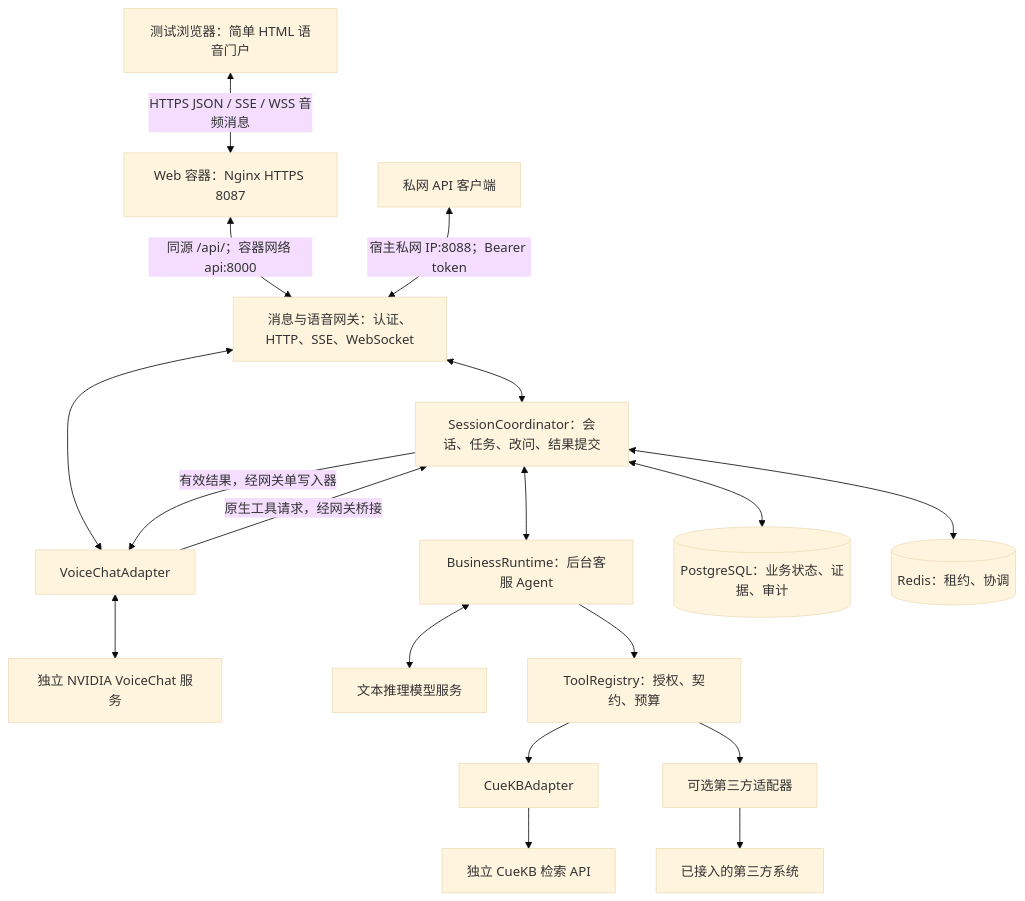
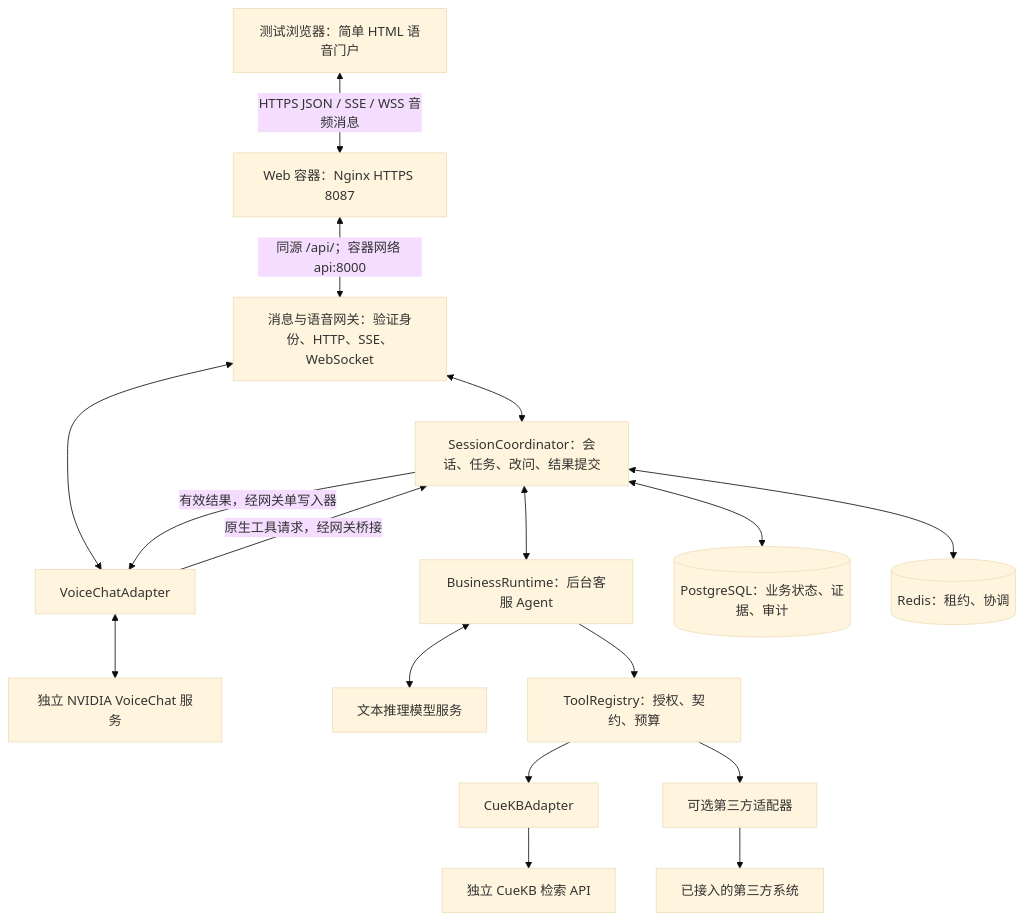
The diagram in docs/architecture.md (ttonghao-thao/voice-service-agent), drawn with Mermaid (base theme) before and after one commit. The commit also changed other lines of this file and 27 other files, not shown here.

````diff
--- a/docs/architecture.md
+++ b/docs/architecture.md
@@ -20,34 +20,32 @@
 ```mermaid
 flowchart TB
     U[测试浏览器：简单 HTML 语音门户]
     W[Web 容器：Nginx HTTPS 8087]
-    P[私网 API 客户端]
-    G[消息与语音网关：认证、HTTP、SSE、WebSocket]
+    G[消息与语音网关：验证身份、HTTP、SSE、WebSocket]
     C[SessionCoordinator：会话、任务、改问、结果提交]
     V[VoiceChatAdapter]
     N[独立 NVIDIA VoiceChat 服务]
     B[BusinessRuntime：后台客服 Agent]
     L[文本推理模型服务]
     T[ToolRegistry：授权、契约、预算]
     K[CueKBAdapter]
     Q[独立 CueKB 检索 API]
     X[可选第三方适配器]
     E[已接入的第三方系统]
     S[(PostgreSQL：业务状态、证据、审计)]
     R[(Redis：租约、协调)]
     U <-->|HTTPS JSON / SSE / WSS 音频消息| W
     W <-->|同源 /api/；容器网络 api:8000| G
-    P <-->|宿主私网 IP:8088；Bearer token| G
     G <--> C
     G <--> V
     V <--> N
     V -->|原生工具请求，经网关桥接| C
     C <--> B
     B <--> L
     B --> T
     T --> K --> Q
     T --> X --> E
     C -->|有效结果，经网关单写入器| V
     C <--> S
     C <--> R
 ```
````
